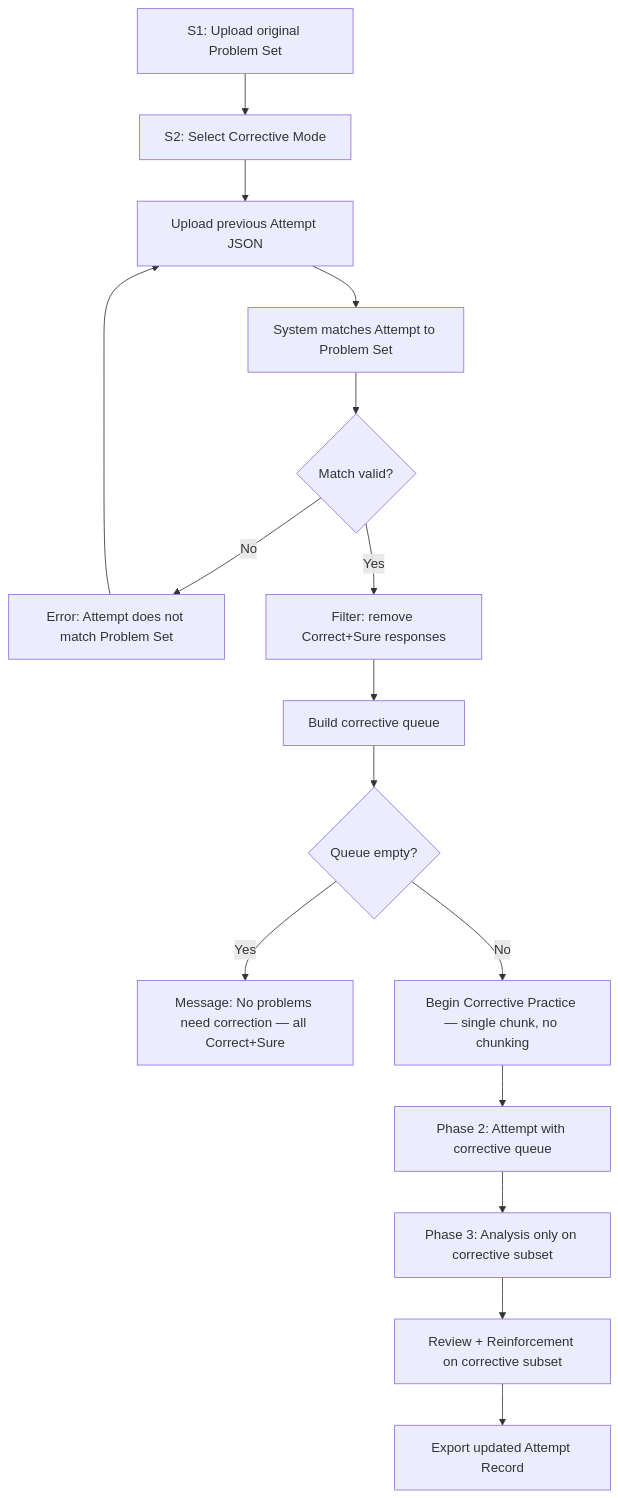
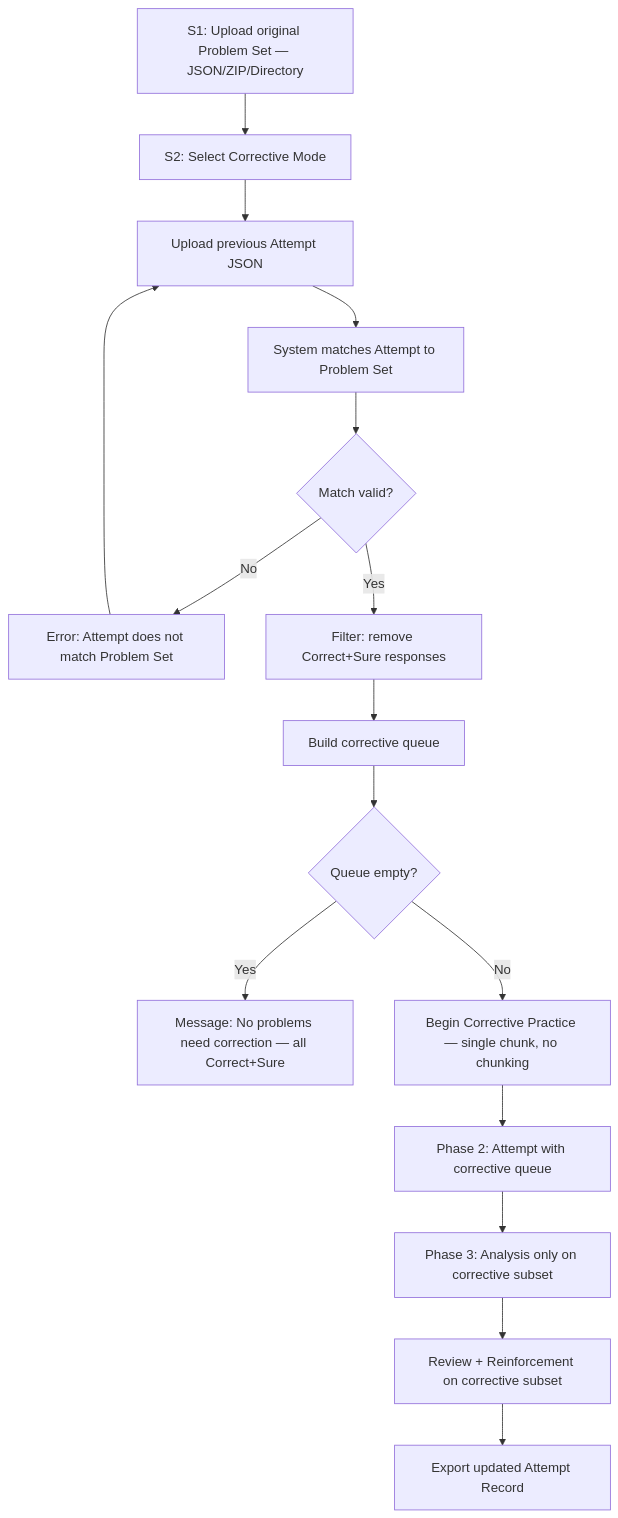
One commit to jaynote001/MCQTool changed the fifth of 8 diagrams in 3_Architecture/2_User_Flow_Diagrams.md. Above: the diagram before and after it, drawn with Mermaid. The commit also changed other lines of this file and 3 other files, not shown here.

Commit message:
Update Architecture Diagrams

````diff
--- a/3_Architecture/2_User_Flow_Diagrams.md
+++ b/3_Architecture/2_User_Flow_Diagrams.md
@@ -93,18 +109,18 @@
 ```mermaid
 flowchart TD
-    A[S1: Upload original Problem Set] --> B[S2: Select Corrective Mode]
+    A[S1: Upload original Problem Set — JSON/ZIP/Directory] --> B[S2: Select Corrective Mode]
     B --> C[Upload previous Attempt JSON]
     C --> D[System matches Attempt to Problem Set]
     D --> E{Match valid?}
     E -->|No| F[Error: Attempt does not match Problem Set]
     F --> C
     E -->|Yes| G[Filter: remove Correct+Sure responses]
     G --> H[Build corrective queue]
     H --> I{Queue empty?}
     I -->|Yes| J[Message: No problems need correction — all Correct+Sure]
     I -->|No| K[Begin Corrective Practice — single chunk, no chunking]
     K --> L[Phase 2: Attempt with corrective queue]
     L --> M[Phase 3: Analysis only on corrective subset]
     M --> N[Review + Reinforcement on corrective subset]
     N --> O[Export updated Attempt Record]
 ```
````
